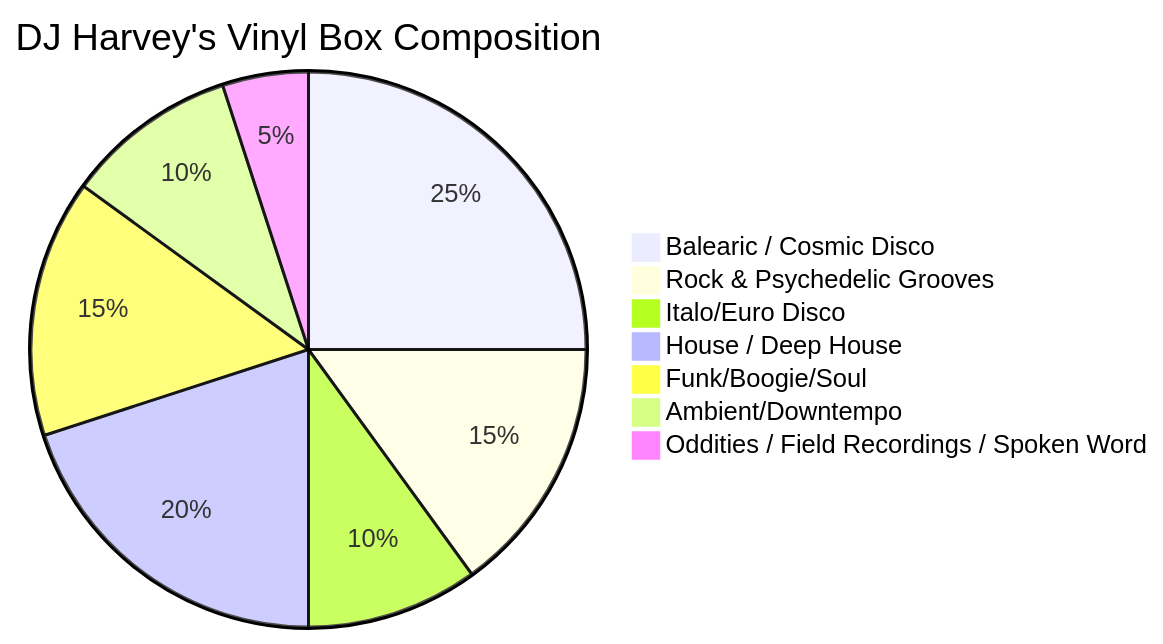
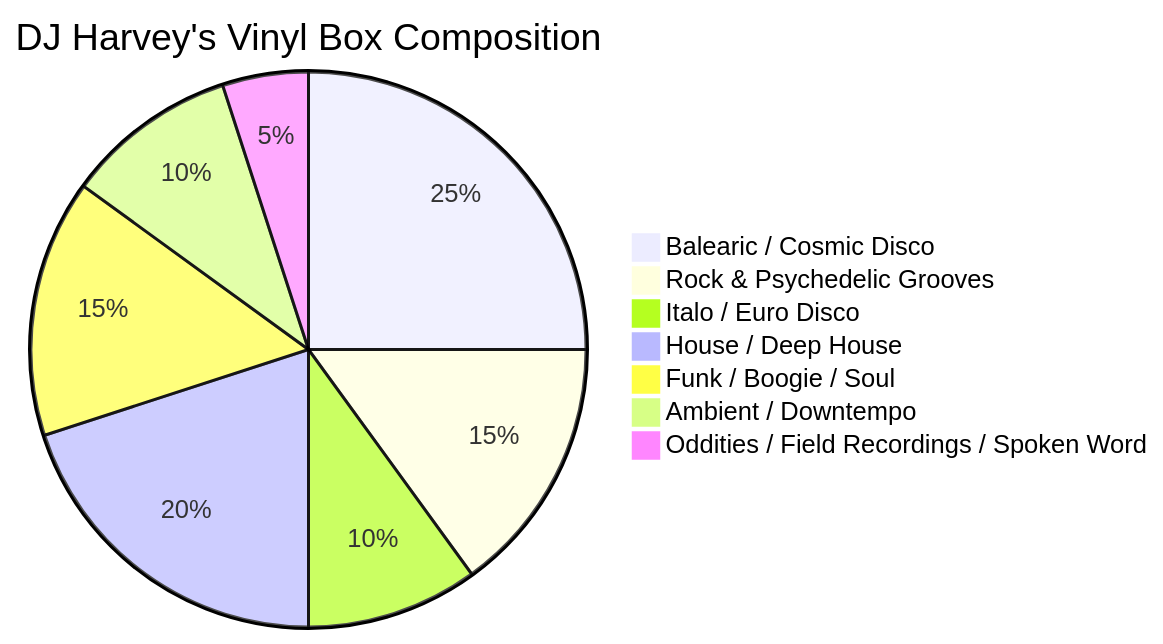
The third of 5 diagrams in en/_posts/2025-10-27-column-harvey-vinyl.md (monumental-movement/monumental-movement.github.io), drawn with Mermaid before and after one commit. The commit also changed other lines of this file and 211 other files, not shown here.

```diff
--- a/en/_posts/2025-10-27-column-harvey-vinyl.md
+++ b/en/_posts/2025-10-27-column-harvey-vinyl.md
@@ -198,12 +198,12 @@
 <div class="mermaid">
 
 pie title DJ Harvey's Vinyl Box Composition
-"Balearic / Cosmic Disco" : 25
-"Rock & Psychedelic Grooves" : 15
-"Italo/Euro Disco" : 10
-"House / Deep House" : 20
-"Funk/Boogie/Soul" : 15
-"Ambient/Downtempo" : 10
-"Oddities / Field Recordings / Spoken Word" : 5
+    "Balearic / Cosmic Disco" : 25
+    "Rock & Psychedelic Grooves" : 15
+    "Italo / Euro Disco" : 10
+    "House / Deep House" : 20
+    "Funk / Boogie / Soul" : 15
+    "Ambient / Downtempo" : 10
+    "Oddities / Field Recordings / Spoken Word" : 5
 
 </div>
```
